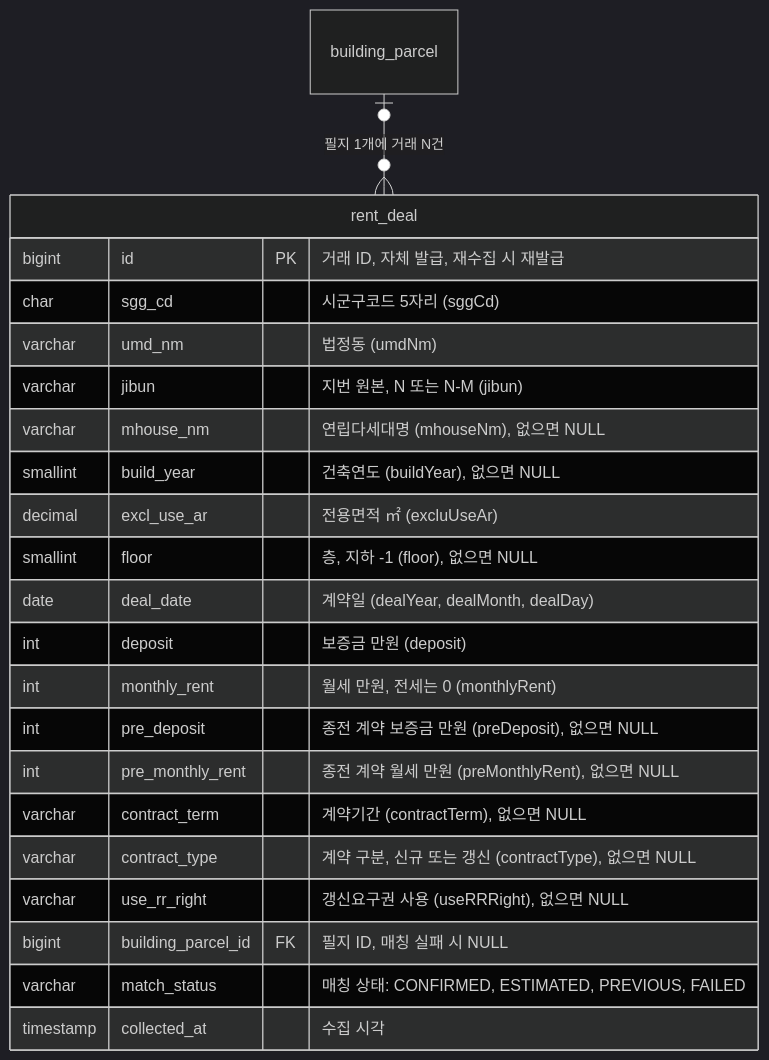
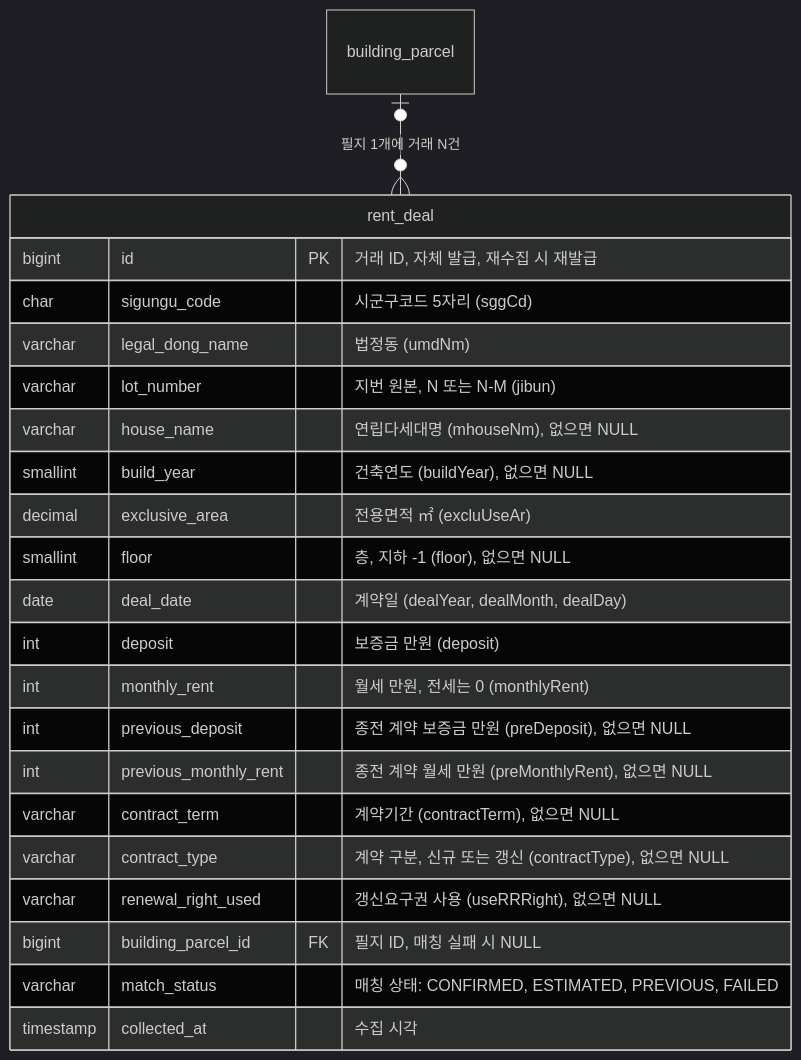
The sixth of 8 diagrams in docs/erd.md (f-lab-edu/jipsee), drawn with Mermaid (dark theme) before and after one commit. The commit also changed other lines of this file, not shown here.

````diff
--- a/docs/erd.md
+++ b/docs/erd.md
@@ -129,25 +129,25 @@
 ```mermaid
 erDiagram
     building_parcel |o--o{ rent_deal : "필지 1개에 거래 N건"
     rent_deal {
         bigint id PK "거래 ID, 자체 발급, 재수집 시 재발급"
-        char sgg_cd "시군구코드 5자리 (sggCd)"
-        varchar umd_nm "법정동 (umdNm)"
-        varchar jibun "지번 원본, N 또는 N-M (jibun)"
-        varchar mhouse_nm "연립다세대명 (mhouseNm), 없으면 NULL"
+        char sigungu_code "시군구코드 5자리 (sggCd)"
+        varchar legal_dong_name "법정동 (umdNm)"
+        varchar lot_number "지번 원본, N 또는 N-M (jibun)"
+        varchar house_name "연립다세대명 (mhouseNm), 없으면 NULL"
         smallint build_year "건축연도 (buildYear), 없으면 NULL"
-        decimal excl_use_ar "전용면적 ㎡ (excluUseAr)"
+        decimal exclusive_area "전용면적 ㎡ (excluUseAr)"
         smallint floor "층, 지하 -1 (floor), 없으면 NULL"
         date deal_date "계약일 (dealYear, dealMonth, dealDay)"
         int deposit "보증금 만원 (deposit)"
         int monthly_rent "월세 만원, 전세는 0 (monthlyRent)"
-        int pre_deposit "종전 계약 보증금 만원 (preDeposit), 없으면 NULL"
-        int pre_monthly_rent "종전 계약 월세 만원 (preMonthlyRent), 없으면 NULL"
+        int previous_deposit "종전 계약 보증금 만원 (preDeposit), 없으면 NULL"
+        int previous_monthly_rent "종전 계약 월세 만원 (preMonthlyRent), 없으면 NULL"
         varchar contract_term "계약기간 (contractTerm), 없으면 NULL"
         varchar contract_type "계약 구분, 신규 또는 갱신 (contractType), 없으면 NULL"
-        varchar use_rr_right "갱신요구권 사용 (useRRRight), 없으면 NULL"
+        varchar renewal_right_used "갱신요구권 사용 (useRRRight), 없으면 NULL"
         bigint building_parcel_id FK "필지 ID, 매칭 실패 시 NULL"
         varchar match_status "매칭 상태: CONFIRMED, ESTIMATED, PREVIOUS, FAILED"
         timestamp collected_at "수집 시각"
     }
 ```
````
